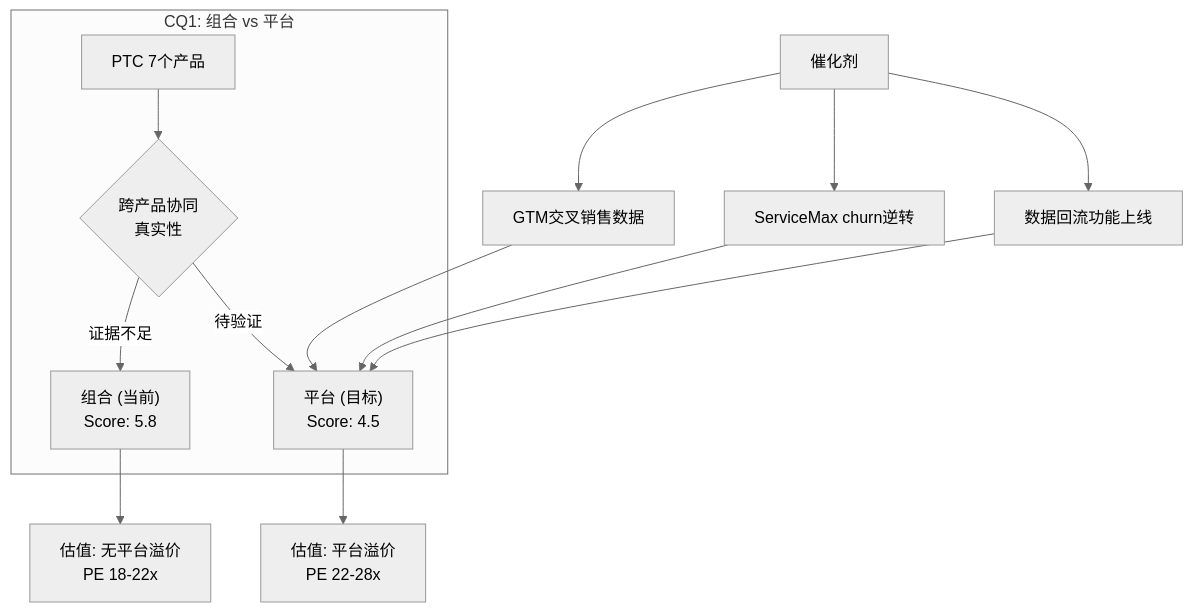
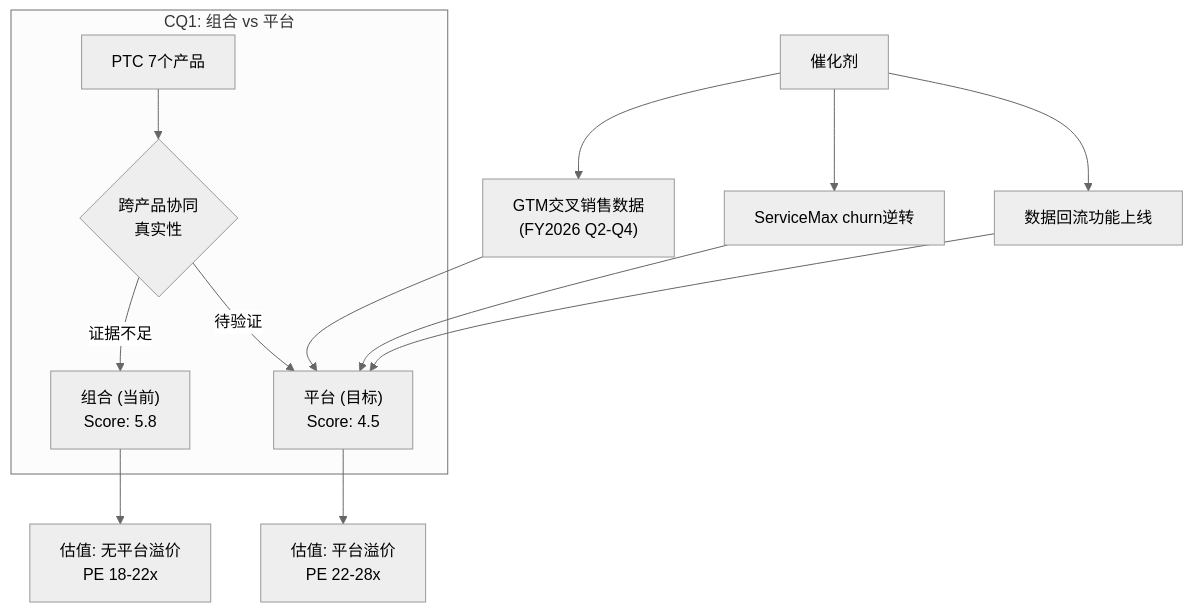
One commit to miltonnewyork25-afk/investment-master changed the first of 3 diagrams in reports/PTC/staging/phase1_part2.md. Above: the diagram before and after it, drawn with Mermaid (neutral theme). The commit also changed other lines of this file and 2 other files, not shown here.

````diff
--- a/reports/PTC/staging/phase1_part2.md
+++ b/reports/PTC/staging/phase1_part2.md
@@ -317,18 +407,18 @@
 ```mermaid
 graph TB
     subgraph "CQ1: 组合 vs 平台"
         A["PTC 7个产品"] --> B{"跨产品协同<br>真实性"}
         B -->|"证据不足"| C["组合 (当前)<br>Score: 5.8"]
         B -->|"待验证"| D["平台 (目标)<br>Score: 4.5"]
     end
 
     C --> E["估值: 无平台溢价<br>PE 18-22x"]
     D --> F["估值: 平台溢价<br>PE 22-28x"]
 
-    G["催化剂"] --> H["GTM交叉销售数据"]
+    G["催化剂"] --> H["GTM交叉销售数据<br>(FY2026 Q2-Q4)"]
     G --> I["ServiceMax churn逆转"]
     G --> J["数据回流功能上线"]
     H --> D
     I --> D
     J --> D
 ```
````
